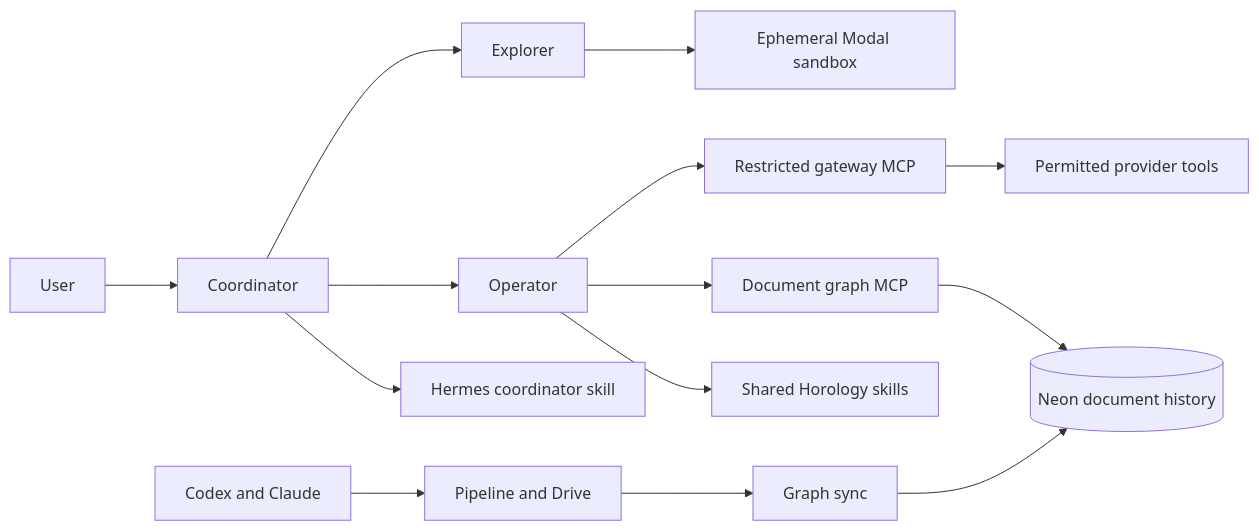
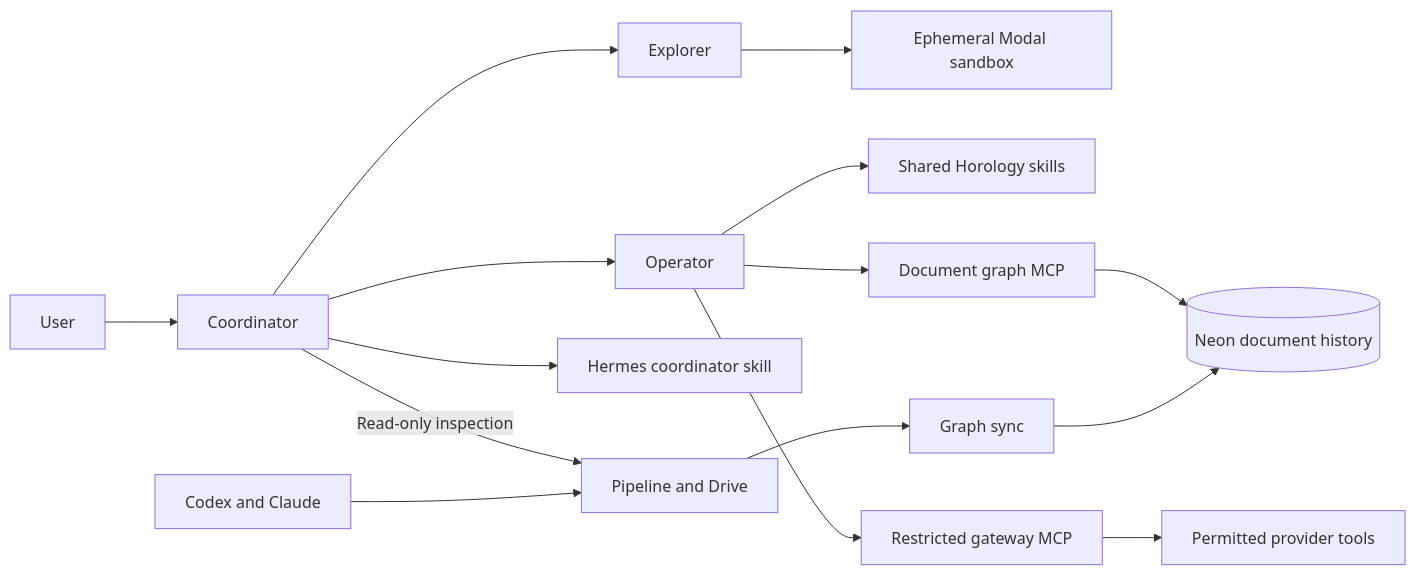
Before and after one commit to Welladino/Horology: the diagram in docs/architecture/hermes/hermes-agents.md, drawn with Mermaid. The commit also changed other lines of this file and 7 other files, not shown here.

````diff
--- a/docs/architecture/hermes/hermes-agents.md
+++ b/docs/architecture/hermes/hermes-agents.md
@@ -5,30 +5,31 @@
 ```mermaid
 flowchart LR;
   user[User];
   coordinator[Coordinator];
   operator[Operator];
   explorer[Explorer];
   modal[Ephemeral Modal sandbox];
   coordinatorSkill[Hermes coordinator skill];
   skills[Shared Horology skills];
   docGraph[Document graph MCP];
   gateway[Restricted gateway MCP];
   neon[(Neon document history)];
   providers[Permitted provider tools];
   codex[Codex and Claude];
   sheets[Pipeline and Drive];
   sync[Graph sync];
   user --> coordinator;
   coordinator --> coordinatorSkill;
+  coordinator -->|Read-only inspection| sheets;
   coordinator --> operator;
   coordinator --> explorer;
   explorer --> modal;
   operator --> skills;
   operator --> docGraph;
   operator --> gateway;
   docGraph --> neon;
   gateway --> providers;
   codex --> sheets;
   sheets --> sync;
   sync --> neon;
 ```
````
